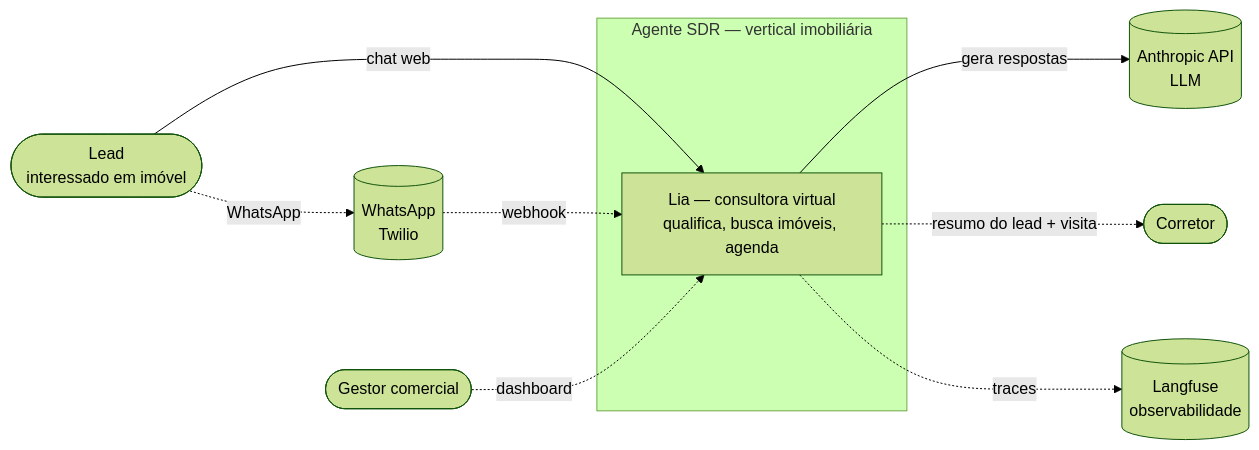
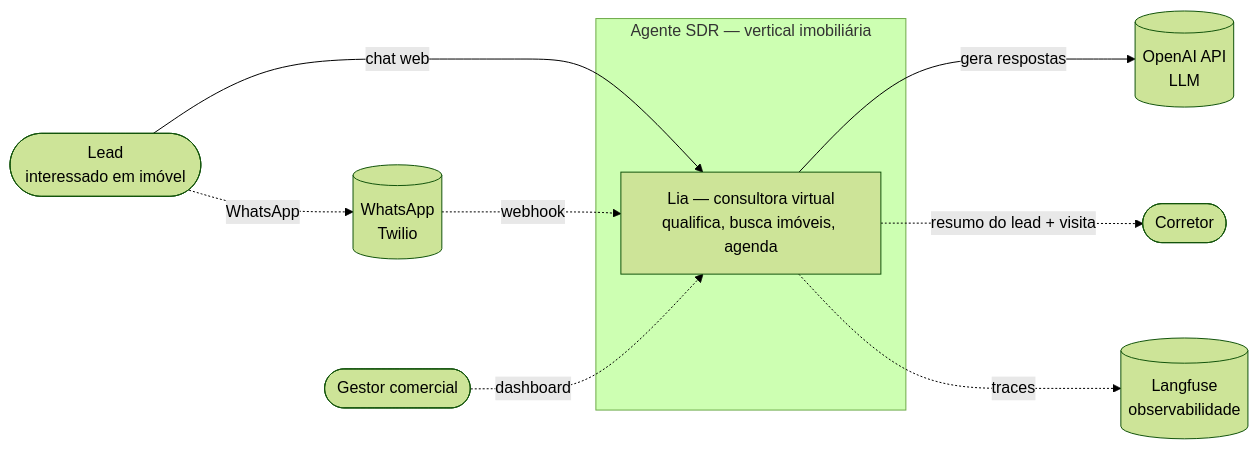
One commit to amaranini/tech-challenge-fase-5 changed the first of 9 diagrams in docs/arquitetura.md. Above: the diagram before and after it, drawn with Mermaid (forest theme). The commit also changed other lines of this file and 56 other files, not shown here.

````diff
--- a/docs/arquitetura.md
+++ b/docs/arquitetura.md
@@ -15,21 +17,21 @@
 ```mermaid
 flowchart LR
     lead([Lead<br/>interessado em imóvel])
     corretor([Corretor])
     gestor([Gestor comercial])
 
     subgraph sdr[Agente SDR — vertical imobiliária]
         sistema[Lia — consultora virtual<br/>qualifica, busca imóveis, agenda]
     end
 
-    anthropic[(Anthropic API<br/>LLM)]
+    openai[(OpenAI API<br/>LLM)]
     whatsapp[(WhatsApp<br/>Twilio)]
     langfuse[(Langfuse<br/>observabilidade)]
 
     lead -- chat web --> sistema
     lead -. WhatsApp .-> whatsapp -. webhook .-> sistema
-    sistema -- gera respostas --> anthropic
+    sistema -- gera respostas --> openai
     sistema -. resumo do lead + visita .-> corretor
     gestor -. dashboard .-> sistema
     sistema -. traces .-> langfuse
 ```
````
